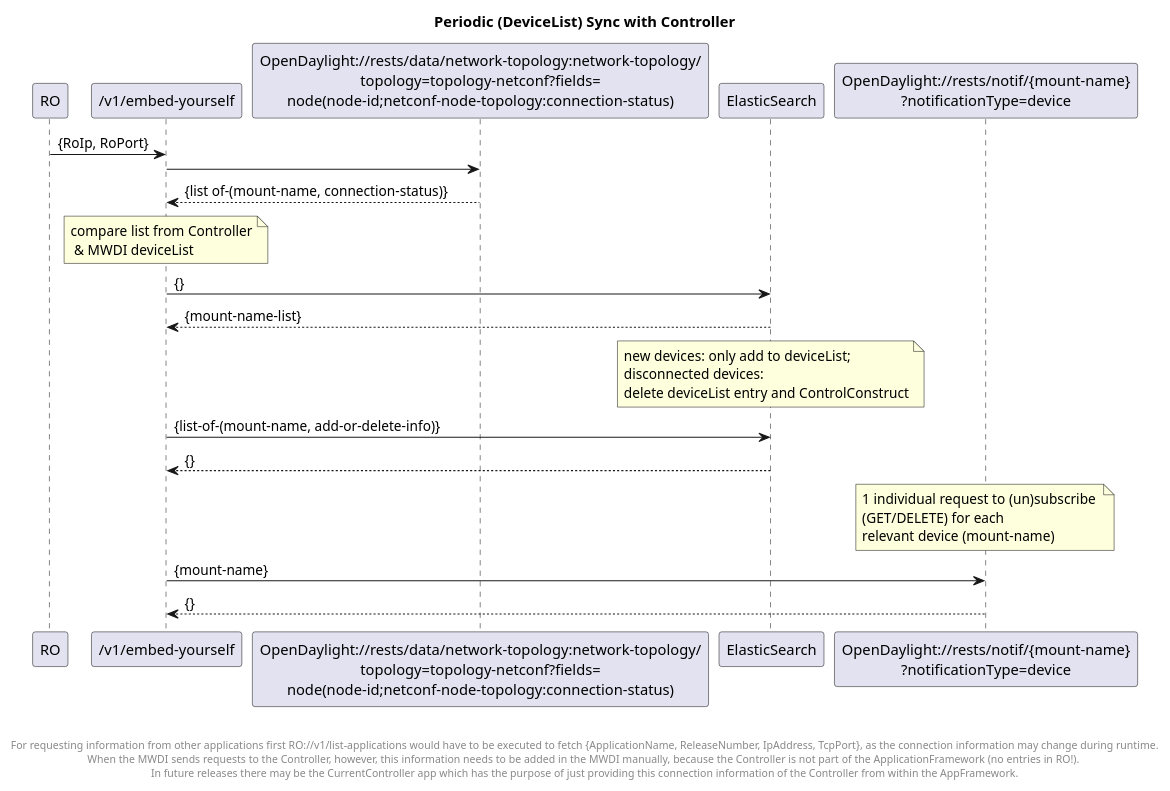
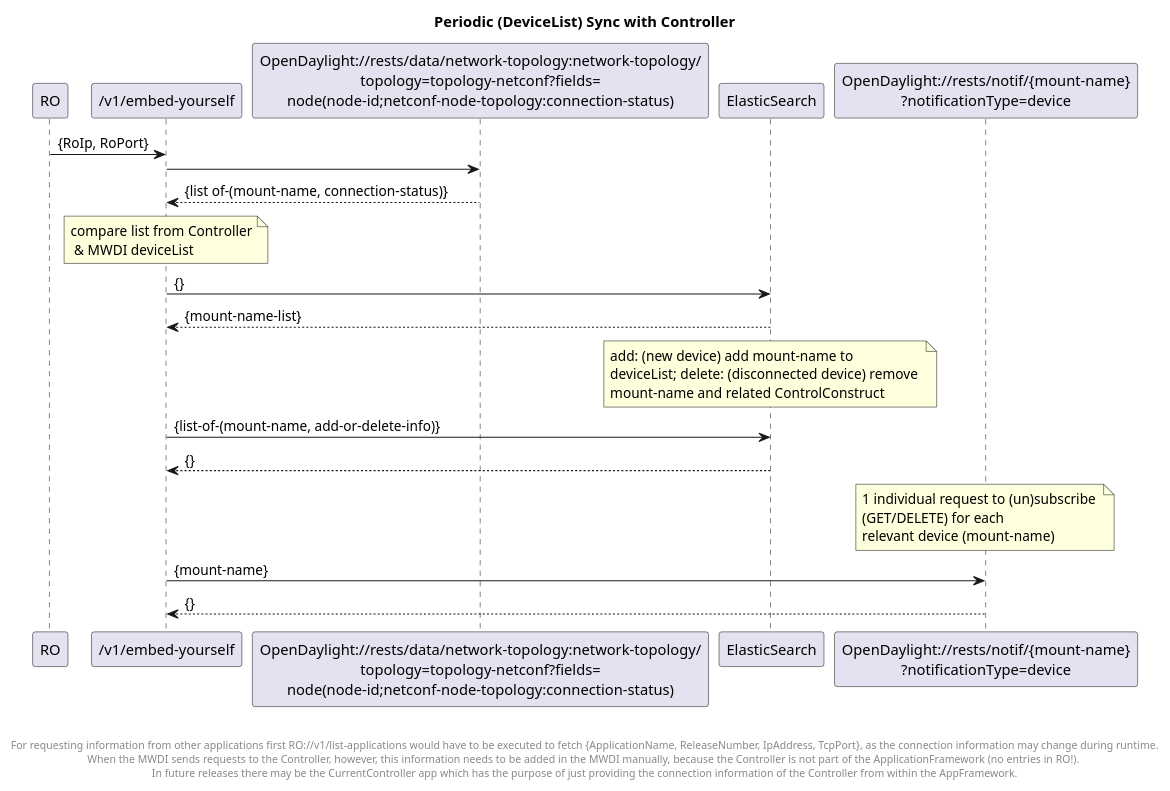
One commit to openBackhaul/MicroWaveDeviceInventory changed the diagram in spec/diagrams/00x_forwardingCyclicOperation.plantuml. Above: the diagram before and after it, drawn with PlantUML. The commit also changed 1 other file, not shown here.

```diff
--- a/spec/diagrams/00x_forwardingCyclicOperation.plantuml
+++ b/spec/diagrams/00x_forwardingCyclicOperation.plantuml
@@ -1,32 +1,32 @@
 @startuml
 skinparam responseMessageBelowArrow true
 
 title  Periodic (DeviceList) Sync with Controller
 
 "RO" -> "/v1/embed-yourself": {RoIp, RoPort}
 
 "/v1/embed-yourself" -> "OpenDaylight://rests/data/network-topology:network-topology/\ntopology=topology-netconf?fields=\nnode(node-id;netconf-node-topology:connection-status)"
 "OpenDaylight://rests/data/network-topology:network-topology/\ntopology=topology-netconf?fields=\nnode(node-id;netconf-node-topology:connection-status)" --> "/v1/embed-yourself": {list of-(mount-name, connection-status)}
 
 note over "/v1/embed-yourself": compare list from Controller\n & MWDI deviceList
 
 "/v1/embed-yourself" -> "ElasticSearch": {}
 "ElasticSearch" --> "/v1/embed-yourself": {mount-name-list}
 
-note over "ElasticSearch": new devices: only add to deviceList; \ndisconnected devices: \ndelete deviceList entry and ControlConstruct
+note over "ElasticSearch": add: (new device) add mount-name to \ndeviceList; delete: (disconnected device) remove \nmount-name and related ControlConstruct
 
 "/v1/embed-yourself" -> "ElasticSearch": {list-of-(mount-name, add-or-delete-info)}
 "ElasticSearch" --> "/v1/embed-yourself": {}
 
 
 note over "OpenDaylight://rests/notif/{mount-name}\n?notificationType=device": 1 individual request to (un)subscribe \n(GET/DELETE) for each \nrelevant device (mount-name)
 
 "/v1/embed-yourself" -> "OpenDaylight://rests/notif/{mount-name}\n?notificationType=device": {mount-name}
 "OpenDaylight://rests/notif/{mount-name}\n?notificationType=device" --> "/v1/embed-yourself": {}
 
 
 
-left footer \n\n For requesting information from other applications first RO://v1/list-applications would have to be executed to fetch {ApplicationName, ReleaseNumber, IpAddress, TcpPort}, as the connection information may change during runtime. \nWhen the MWDI sends requests to the Controller, however, this information needs to be added in the MWDI manually, because the Controller is not part of the ApplicationFramework (no entries in RO!). \nIn future releases there may be the CurrentController app which has the purpose of just providing this connection information of the Controller from within the AppFramework.
+left footer \n\n For requesting information from other applications first RO://v1/list-applications would have to be executed to fetch {ApplicationName, ReleaseNumber, IpAddress, TcpPort}, as the connection information may change during runtime. \nWhen the MWDI sends requests to the Controller, however, this information needs to be added in the MWDI manually, because the Controller is not part of the ApplicationFramework (no entries in RO!). \nIn future releases there may be the CurrentController app which has the purpose of just providing the connection information of the Controller from within the AppFramework.
 
 
 @enduml
```
